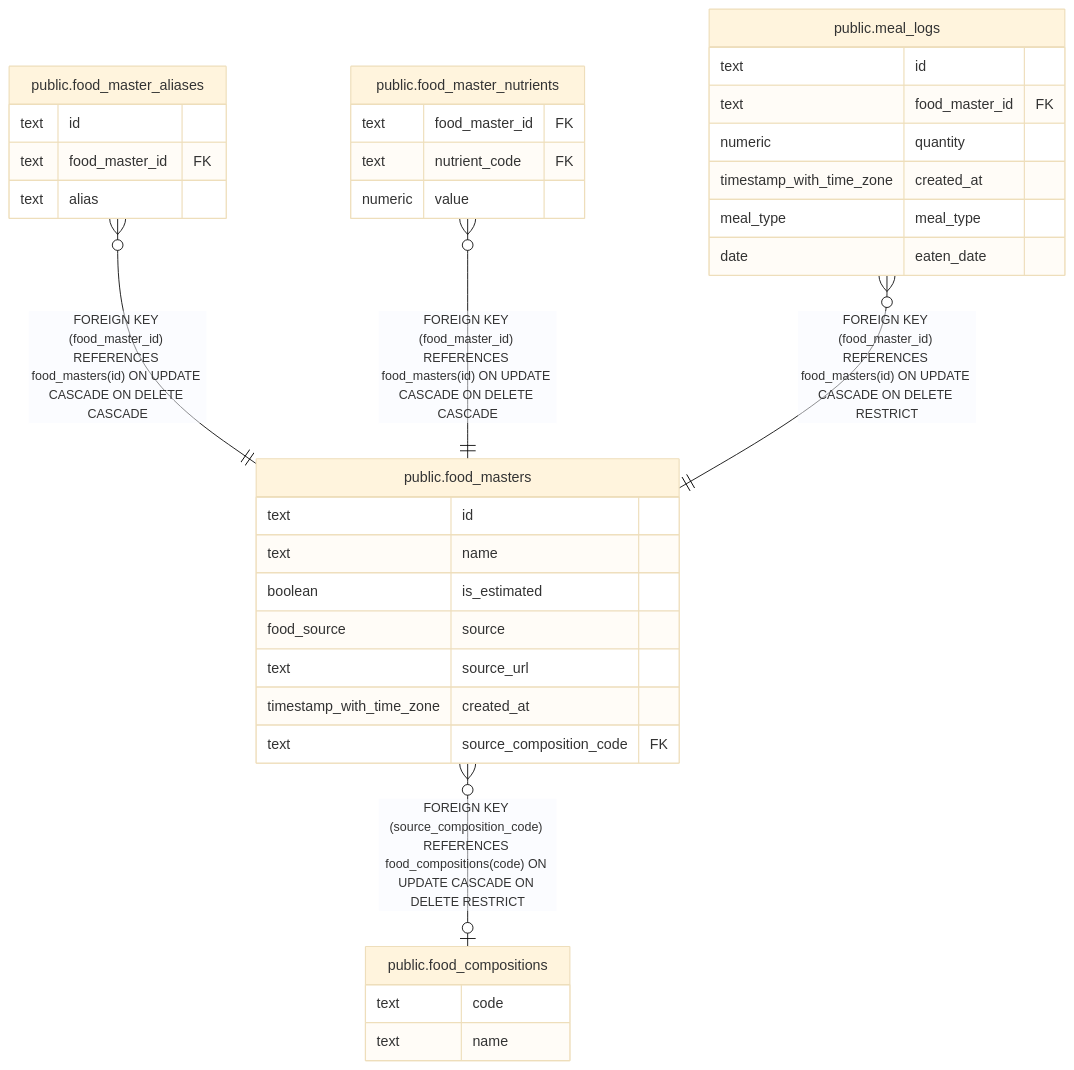
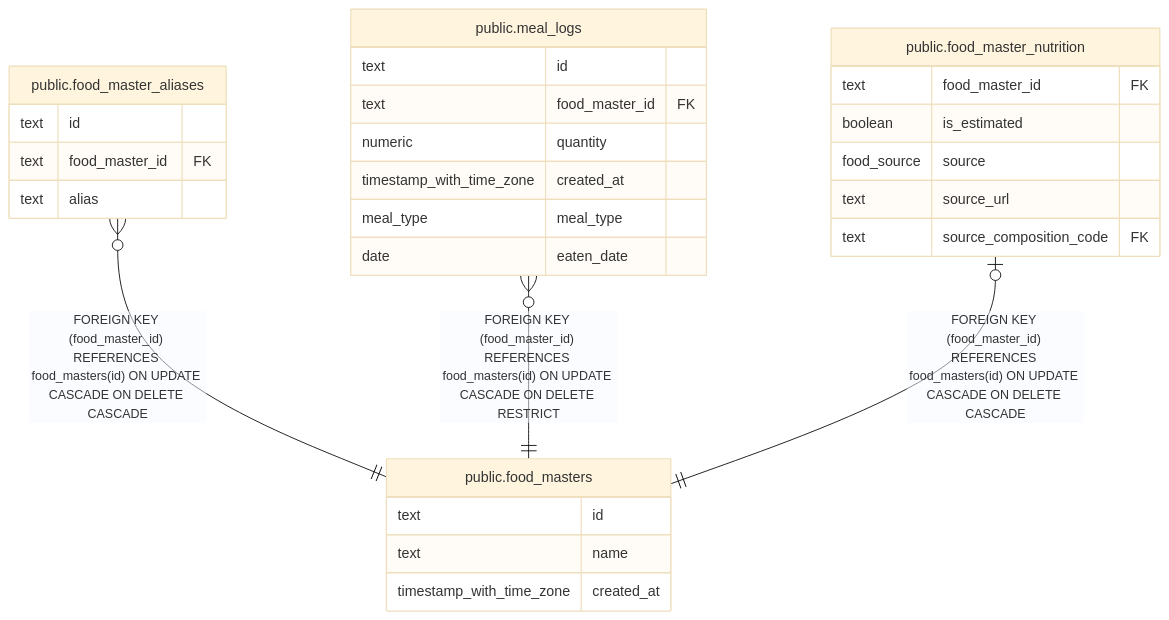
One commit to fohte/meshi changed the diagram in docs/db/public.food_masters.md. Above: the diagram before and after it, drawn with Mermaid (base theme). The commit also changed other lines of this file and 28 other files, not shown here.

Commit message:
nutrition: extract nutrition source metadata into a separate table (#237)

````diff
--- a/docs/db/public.food_masters.md
+++ b/docs/db/public.food_masters.md
@@ -46,40 +34,33 @@
 ```mermaid
 erDiagram
 
 "public.food_master_aliases" }o--|| "public.food_masters" : "FOREIGN KEY (food_master_id) REFERENCES food_masters(id) ON UPDATE CASCADE ON DELETE CASCADE"
-"public.food_master_nutrients" }o--|| "public.food_masters" : "FOREIGN KEY (food_master_id) REFERENCES food_masters(id) ON UPDATE CASCADE ON DELETE CASCADE"
 "public.meal_logs" }o--|| "public.food_masters" : "FOREIGN KEY (food_master_id) REFERENCES food_masters(id) ON UPDATE CASCADE ON DELETE RESTRICT"
-"public.food_masters" }o--o| "public.food_compositions" : "FOREIGN KEY (source_composition_code) REFERENCES food_compositions(code) ON UPDATE CASCADE ON DELETE RESTRICT"
+"public.food_master_nutrition" |o--|| "public.food_masters" : "FOREIGN KEY (food_master_id) REFERENCES food_masters(id) ON UPDATE CASCADE ON DELETE CASCADE"
 
 "public.food_masters" {
   text id
   text name
-  boolean is_estimated
-  food_source source
-  text source_url
   timestamp_with_time_zone created_at
-  text source_composition_code FK
 }
 "public.food_master_aliases" {
   text id
   text food_master_id FK
   text alias
-}
-"public.food_master_nutrients" {
-  text food_master_id FK
-  text nutrient_code FK
-  numeric value
 }
 "public.meal_logs" {
   text id
   text food_master_id FK
   numeric quantity
   timestamp_with_time_zone created_at
   meal_type meal_type
   date eaten_date
 }
-"public.food_compositions" {
-  text code
-  text name
+"public.food_master_nutrition" {
+  text food_master_id FK
+  boolean is_estimated
+  food_source source
+  text source_url
+  text source_composition_code FK
 }
 ```
````
